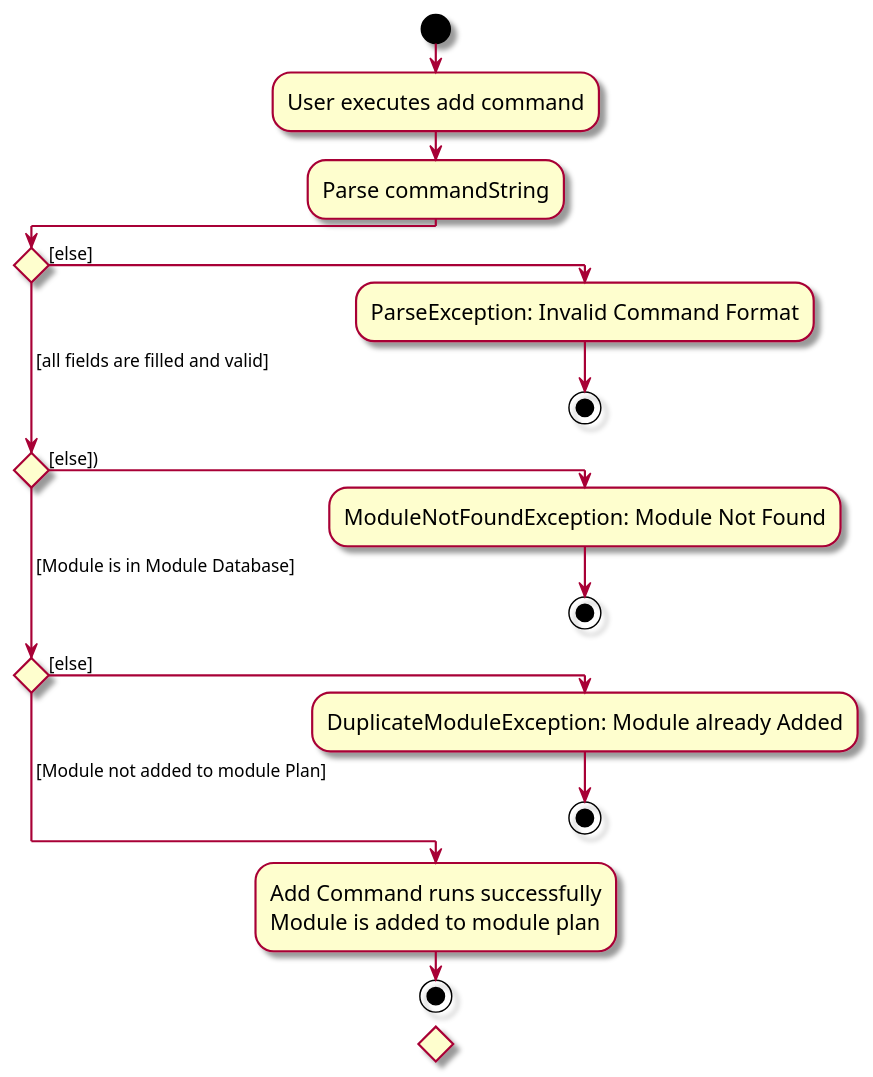
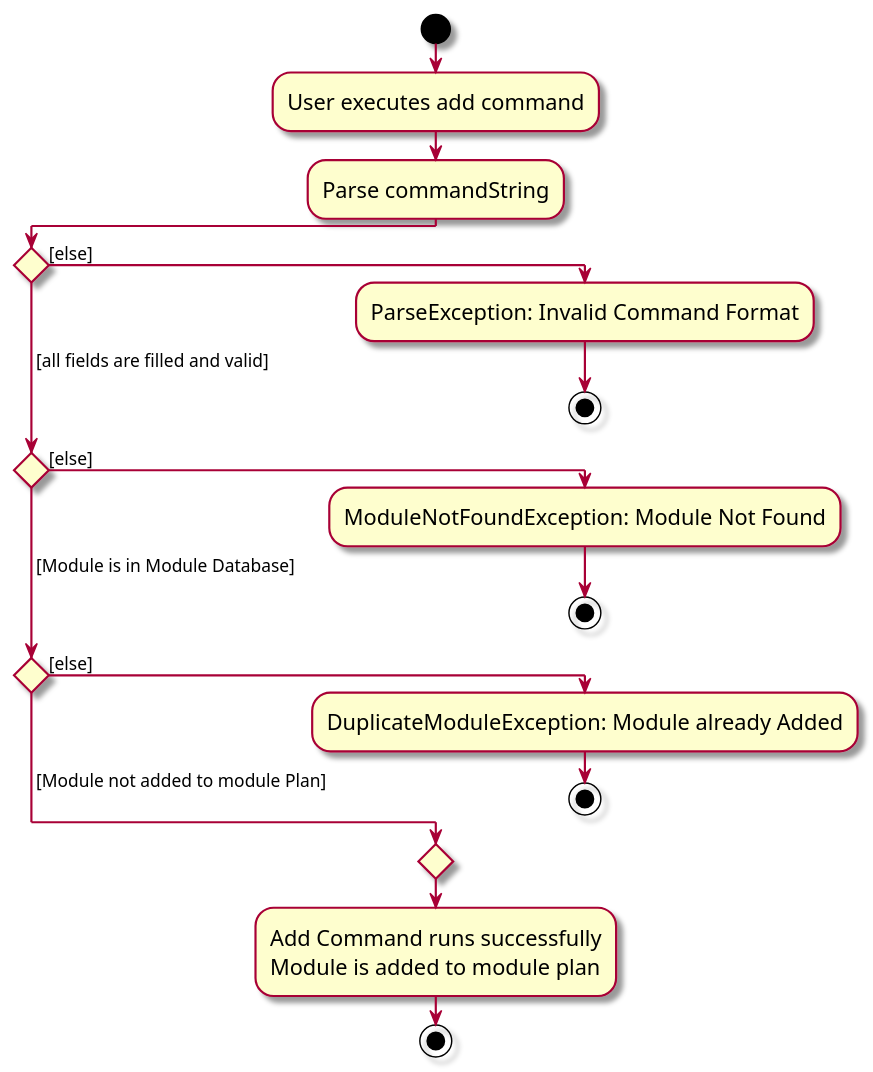
One commit to ji-just-ji/tp changed the diagram in diagrams/AddModuleActivityDiagram.puml. Above: the diagram before and after it, drawn with PlantUML. The commit also changed 39 other files, not shown here.

```diff
--- a/diagrams/AddModuleActivityDiagram.puml
+++ b/diagrams/AddModuleActivityDiagram.puml
@@ -1,31 +1,33 @@
 @startuml
 skin rose
 skinparam ActivityFontSize 15
 skinparam ArrowFontSize 12
 !pragma useVerticalIf on
 start
 :User executes add command;
 
 'Since the beta syntax does not support placing the condition outside the
 'diamond we place it as the true branch instead.
 
 :Parse commandString;
 
 if () then ([else])
+
     :ParseException: Invalid Command Format;
     stop
-( [all fields are filled and valid]  ) elseif() then ([else]))
+( [all fields are filled and valid]  ) elseif() then ([else])
     :ModuleNotFoundException: Module Not Found;
     stop
 ( [Module is in Module Database]) elseif() then([else])
     :DuplicateModuleException: Module already Added;
     stop
 else ( [Module not added to module Plan])
+endif
     :Add Command runs successfully
     Module is added to module plan;
 
 stop
 
 
 
 @enduml
```
